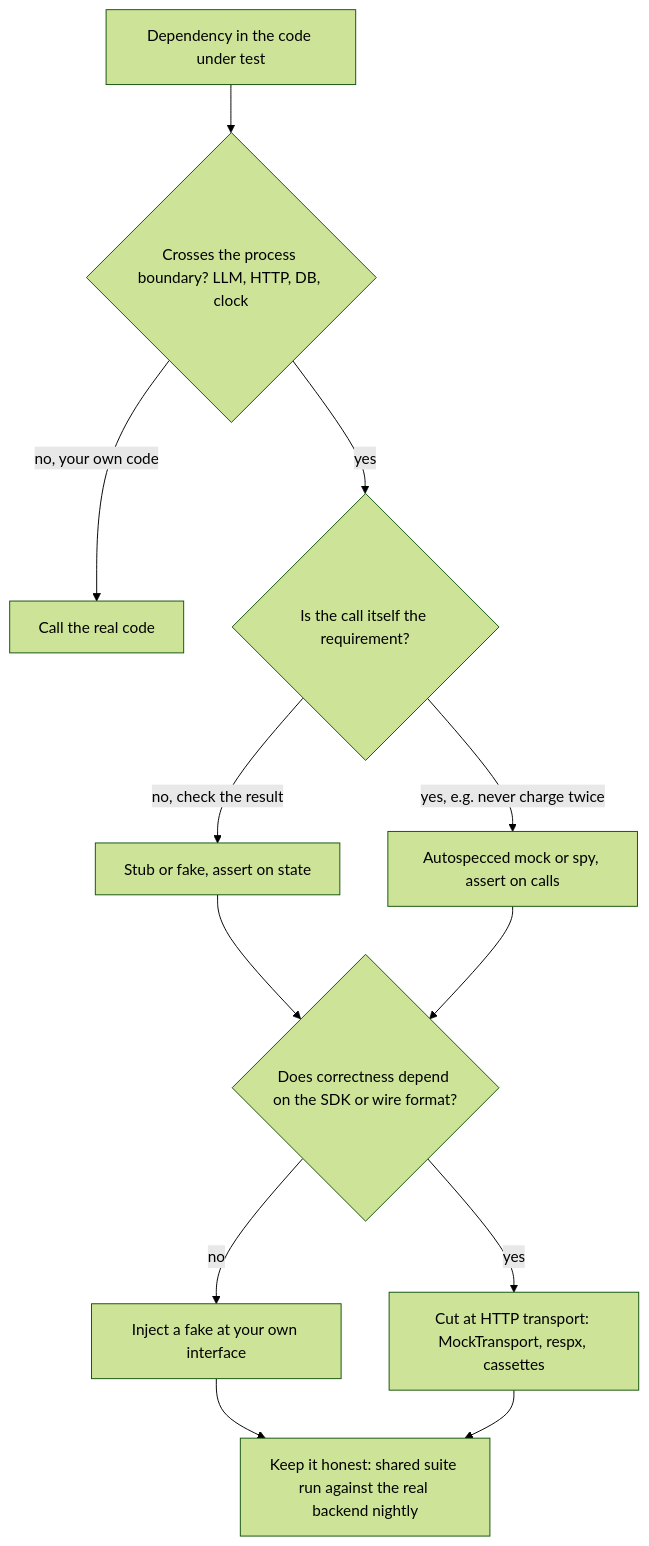
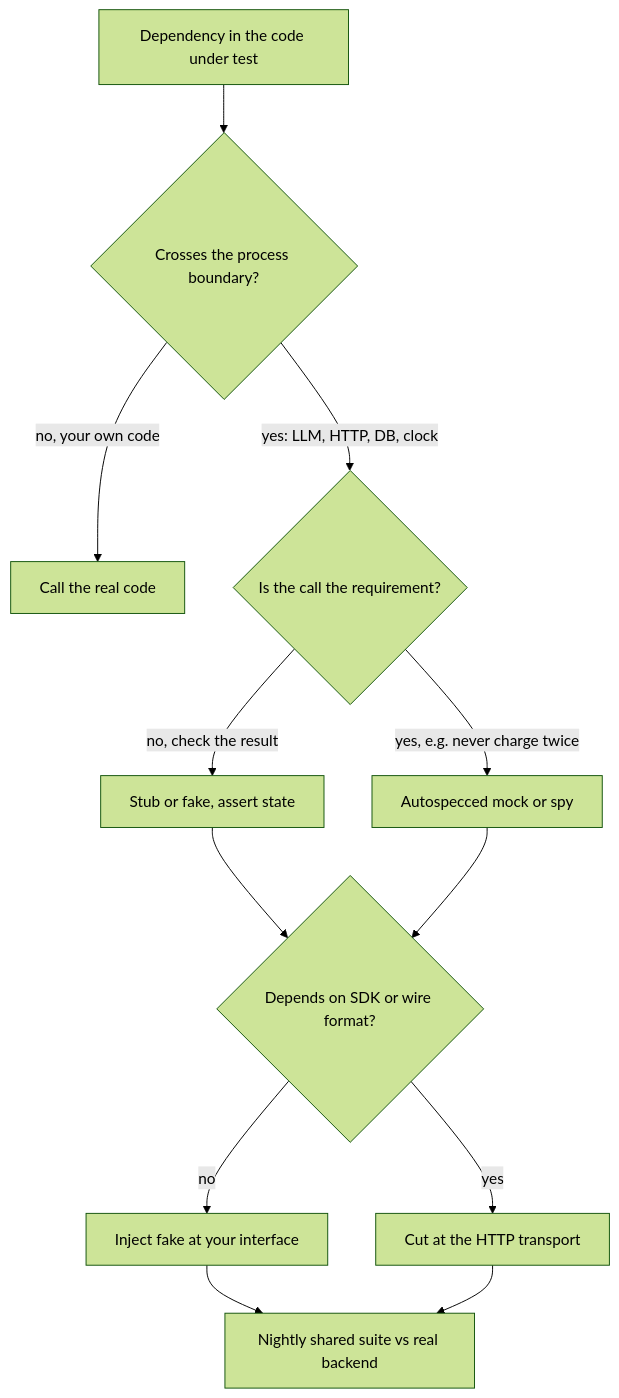
The diagram in content/python-for-ai/test-doubles-mocks-fixtures.md (lovishmahajan97/agentic-learning), drawn with Mermaid (forest theme) before and after one commit. The commit also changed other lines of this file and 454 other files, not shown here.

````diff
--- a/content/python-for-ai/test-doubles-mocks-fixtures.md
+++ b/content/python-for-ai/test-doubles-mocks-fixtures.md
@@ -144,14 +146,14 @@
 ```mermaid
 flowchart TD
-    D["Dependency in the code under test"] --> Q1{"Crosses the process boundary? LLM, HTTP, DB, clock"}
+    D["Dependency in the code under test"] --> Q1{"Crosses the process boundary?"}
     Q1 -->|"no, your own code"| R["Call the real code"]
-    Q1 -->|"yes"| Q2{"Is the call itself the requirement?"}
-    Q2 -->|"no, check the result"| S["Stub or fake, assert on state"]
-    Q2 -->|"yes, e.g. never charge twice"| M["Autospecced mock or spy, assert on calls"]
-    S --> Q3{"Does correctness depend on the SDK or wire format?"}
+    Q1 -->|"yes: LLM, HTTP, DB, clock"| Q2{"Is the call the requirement?"}
+    Q2 -->|"no, check the result"| S["Stub or fake, assert state"]
+    Q2 -->|"yes, e.g. never charge twice"| M["Autospecced mock or spy"]
+    S --> Q3{"Depends on SDK or wire format?"}
     M --> Q3
-    Q3 -->|"no"| I["Inject a fake at your own interface"]
-    Q3 -->|"yes"| H["Cut at HTTP transport: MockTransport, respx, cassettes"]
-    I --> K["Keep it honest: shared suite run against the real backend nightly"]
+    Q3 -->|"no"| I["Inject fake at your interface"]
+    Q3 -->|"yes"| H["Cut at the HTTP transport"]
+    I --> K["Nightly shared suite vs real backend"]
     H --> K
 ```
````
